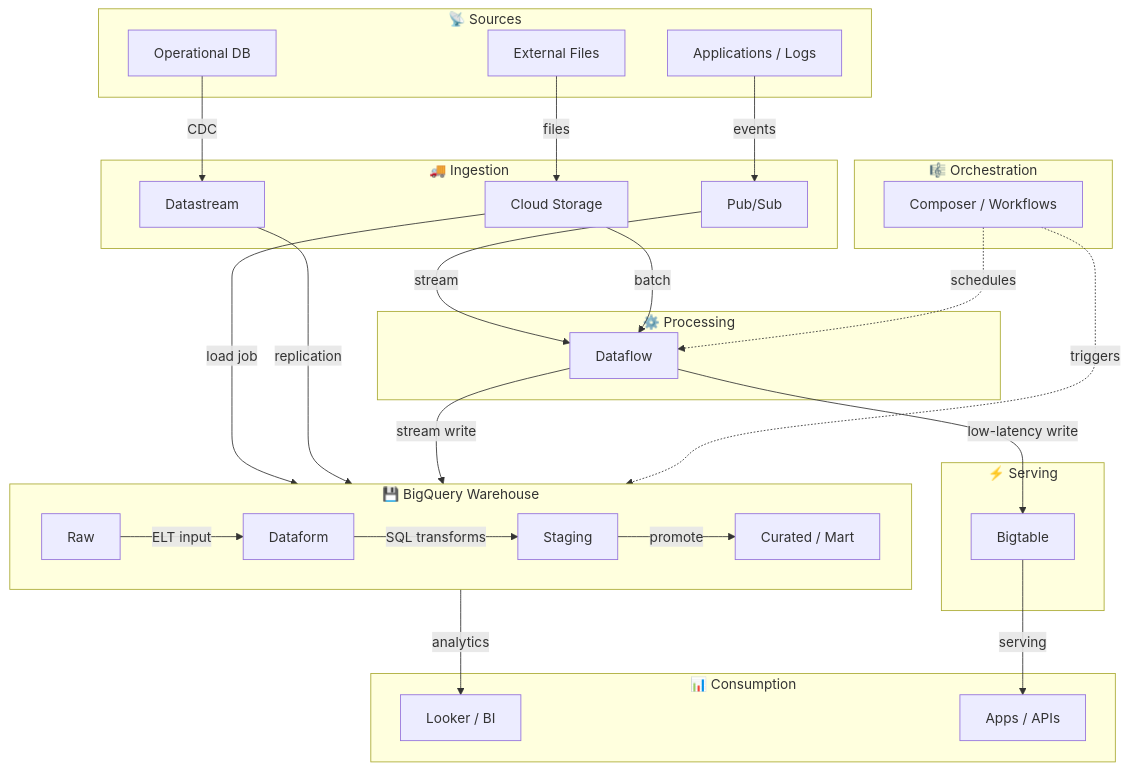
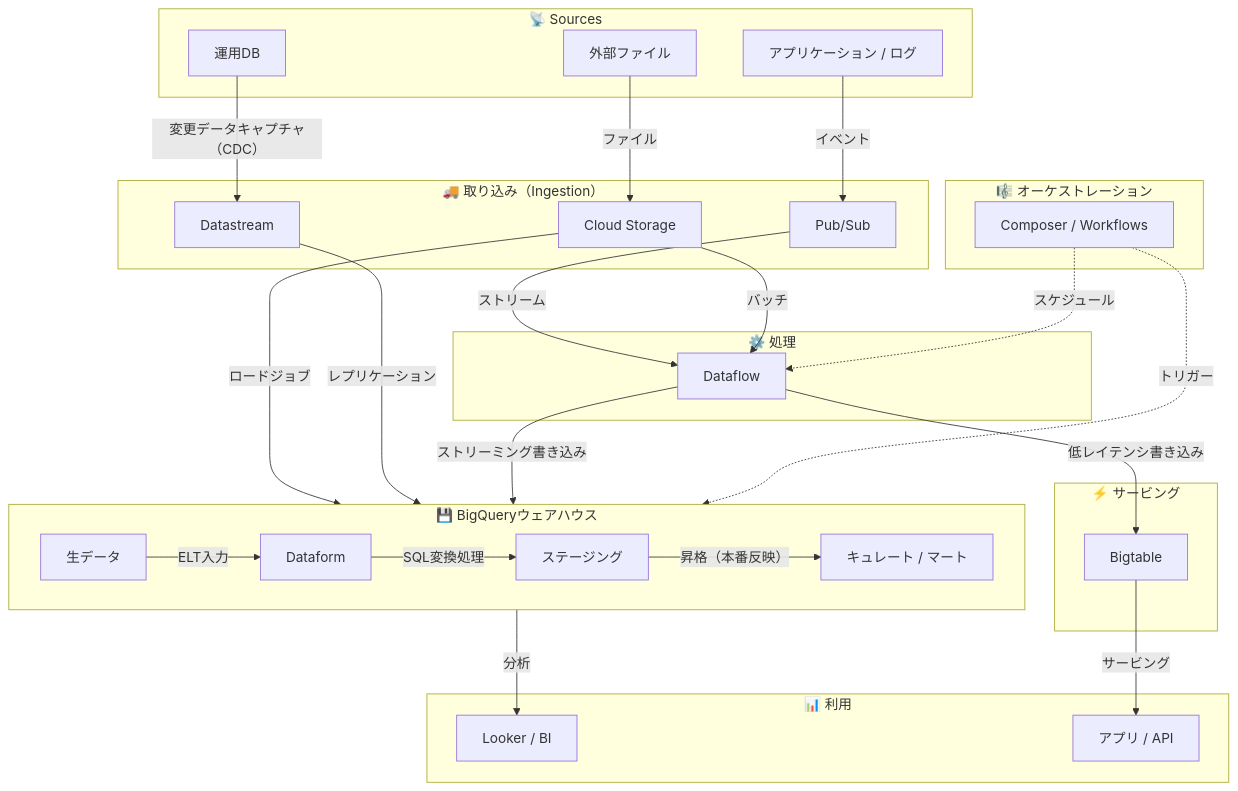
The diagram in content/index.md (Maskish86/gcp-pde-exam-guide-ja), drawn with Mermaid before and after one commit. The commit also changed other lines of this file and 30 other files, not shown here.

````diff
--- a/content/index.md
+++ b/content/index.md
@@ -20,68 +20,68 @@
 ```mermaid
 flowchart TB
 
 subgraph S["📡 Sources"]
-    A1[Applications / Logs]
-    A2[Operational DB]
-    A3[External Files]
+    A1[アプリケーション / ログ]
+    A2[運用DB]
+    A3[外部ファイル]
 end
 
-subgraph I["🚚 Ingestion"]
+subgraph I["🚚 取り込み（Ingestion）"]
     B1[Pub/Sub]
     B2[Cloud Storage]
     B3[Datastream]
 end
 
-subgraph P["⚙️ Processing"]
+subgraph P["⚙️ 処理"]
     C1[Dataflow]
 end
 
-subgraph W["💾 BigQuery Warehouse"]
+subgraph W["💾 BigQueryウェアハウス"]
     direction LR
-    D1[Raw]
+    D1[生データ]
     C2[Dataform]
-    D2[Staging]
-    D3[Curated / Mart]
+    D2[ステージング]
+    D3[キュレート / マート]
 end
 
-subgraph SV["⚡ Serving"]
+subgraph SV["⚡ サービング"]
     E1[Bigtable]
 end
 
-subgraph CO["📊 Consumption"]
+subgraph CO["📊 利用"]
     F1[Looker / BI]
-    F2[Apps / APIs]
+    F2[アプリ / API]
 end
 
-subgraph OR["🎼 Orchestration"]
+subgraph OR["🎼 オーケストレーション"]
     O1[Composer / Workflows]
 end
 
 %% Sources → Ingestion
-A1 -->|events| B1
-A2 -->|CDC| B3
-A3 -->|files| B2
+A1 -->|イベント| B1
+A2 -->|変更データキャプチャ（CDC）| B3
+A3 -->|ファイル| B2
 
 %% Ingestion → Processing & Storage
-B1 -->|stream| C1
-B2 -->|batch| C1
-B2 -->|load job| D1
-B3 -->|replication| D1
+B1 -->|ストリーム| C1
+B2 -->|バッチ| C1
+B2 -->|ロードジョブ| D1
+B3 -->|レプリケーション| D1
 
 %% Processing → Storage & Serving
-C1 -->|stream write| D1
-C1 -->|low-latency write| E1
+C1 -->|ストリーミング書き込み| D1
+C1 -->|低レイテンシ書き込み| E1
 
 %% BigQuery ELT layers
-D1 -->|ELT input| C2
-C2 -->|SQL transforms| D2
-D2 -->|promote| D3
+D1 -->|ELT入力| C2
+C2 -->|SQL変換処理| D2
+D2 -->|昇格（本番反映）| D3
 
 %% Consumption
-D3 -->|analytics| F1
-E1 -->|serving| F2
+D3 -->|分析| F1
+E1 -->|サービング| F2
 
 %% Orchestration (dashed)
-O1 -.->|schedules| C1
-O1 -.->|triggers| C2
+O1 -.->|スケジュール| C1
+O1 -.->|トリガー| C2
 ```
````
